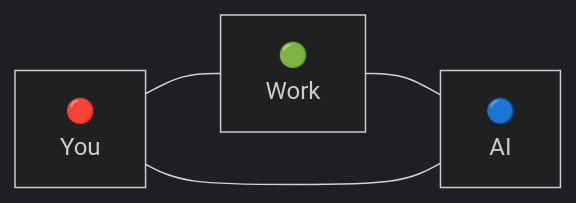
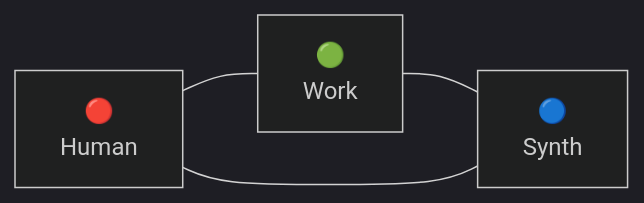
The diagram in ethos/human-agency.md (1iis/principles), drawn with Mermaid before and after one commit. The commit also changed other lines of this file, not shown here.

````diff
--- a/ethos/human-agency.md
+++ b/ethos/human-agency.md
@@ -6,8 +6,8 @@
 ```mermaid
 graph LR
 %%{init: {"theme": "dark"}}%%
-You["🔴<br>You"]
+Human["🔴<br>Human"]
 Work["🟢<br>Work"]
-AI["🔵<br>AI"]
-You --- Work --- AI --- You
+Synth["🔵<br>Synth"]
+Human --- Work --- Synth --- Human
 ```
````
